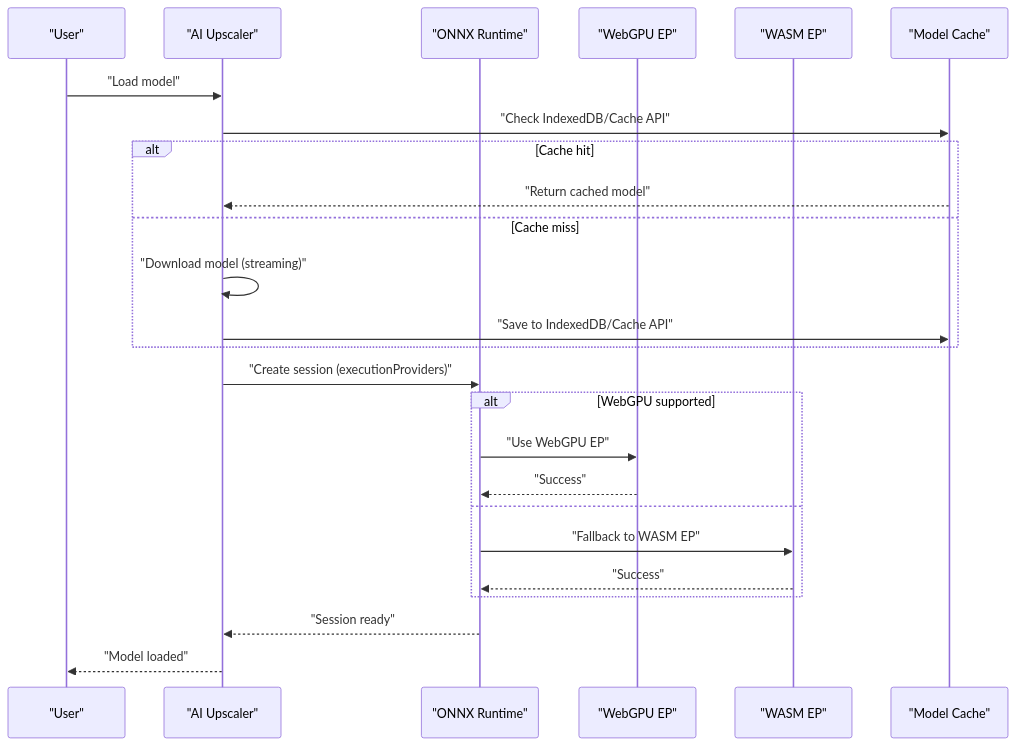
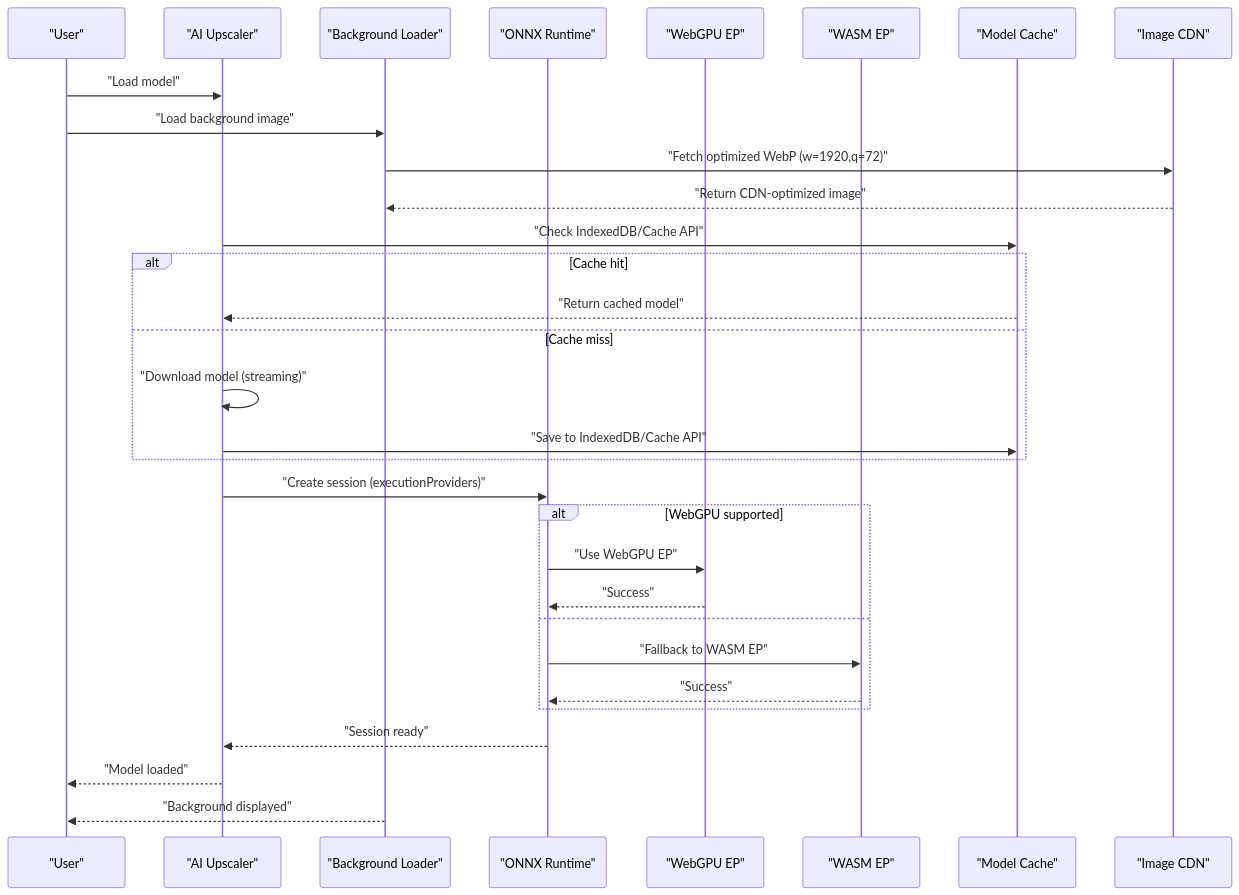
One commit to treasureGrove/TAWEBTOOL changed the second of 8 diagrams in .qoder/repowiki/en/content/Technical Implementation/Performance Optimization.md. Above: the diagram before and after it, drawn with Mermaid. The commit also changed other lines of this file and 31 other files, not shown here.

````diff
--- a/.qoder/repowiki/en/content/Technical Implementation/Performance Optimization.md
+++ b/.qoder/repowiki/en/content/Technical Implementation/Performance Optimization.md
@@ -93,27 +114,33 @@
 ```mermaid
 sequenceDiagram
 participant User as "User"
 participant UI as "AI Upscaler"
+participant BG as "Background Loader"
 participant ORT as "ONNX Runtime"
 participant GPU as "WebGPU EP"
 participant CPU as "WASM EP"
 participant Cache as "Model Cache"
+participant IMG_CDN as "Image CDN"
 User->>UI : "Load model"
+User->>BG : "Load background image"
+BG->>IMG_CDN : "Fetch optimized WebP (w=1920,q=72)"
+IMG_CDN-->>BG : "Return CDN-optimized image"
 UI->>Cache : "Check IndexedDB/Cache API"
 alt Cache hit
 Cache-->>UI : "Return cached model"
 else Cache miss
 UI->>UI : "Download model (streaming)"
 UI->>Cache : "Save to IndexedDB/Cache API"
 end
 UI->>ORT : "Create session (executionProviders)"
 alt WebGPU supported
 ORT->>GPU : "Use WebGPU EP"
 GPU-->>ORT : "Success"
 else
 ORT->>CPU : "Fallback to WASM EP"
 CPU-->>ORT : "Success"
 end
 ORT-->>UI : "Session ready"
 UI-->>User : "Model loaded"
+BG-->>User : "Background displayed"
 ```
````
